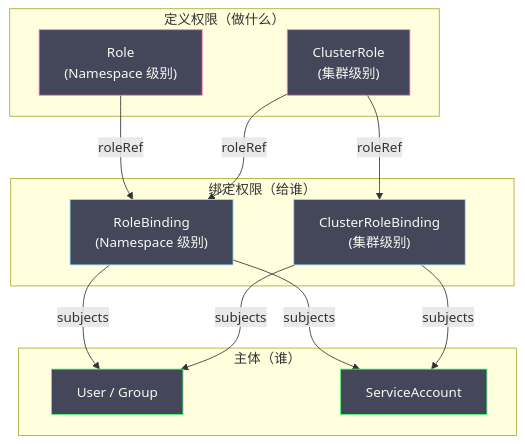
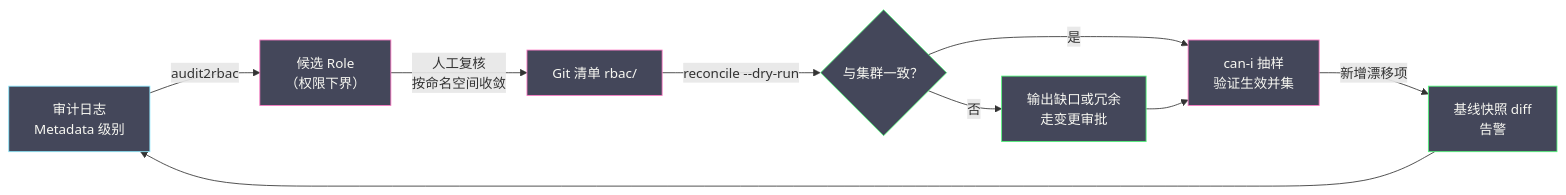
The third of 5 diagrams in content/云原生/Kubernetes/kubernetes之API Server/03 授权机制——RBAC 深度解析.md (hpliStartAgain/my-brain), drawn with Mermaid before and after one commit. The commit also changed other lines of this file and 455 other files, not shown here.

````diff
--- a/content/云原生/Kubernetes/kubernetes之API Server/03 授权机制——RBAC 深度解析.md
+++ b/content/云原生/Kubernetes/kubernetes之API Server/03 授权机制——RBAC 深度解析.md
@@ -143,34 +213,19 @@
 ```mermaid
 %%{init: {'theme': 'dracula'}}%%
-graph TD
-    subgraph "定义权限（做什么）"
-        ROLE["Role</br>(Namespace 级别)"]
-        CR["ClusterRole</br>(集群级别)"]
-    end
+flowchart LR
+    A["审计日志<br/>Metadata 级别"] -->|"audit2rbac"| B["候选 Role<br/>（权限下界）"]
+    B -->|"人工复核<br/>按命名空间收敛"| C["Git 清单 rbac/"]
+    C -->|"reconcile --dry-run"| D{"与集群一致？"}
+    D -->|"否"| E["输出缺口或冗余<br/>走变更审批"]
+    D -->|"是"| F["can-i 抽样<br/>验证生效并集"]
+    E --> F
+    F -->|"新增漂移项"| G["基线快照 diff<br/>告警"]
+    G --> A
 
-    subgraph "绑定权限（给谁）"
-        RB["RoleBinding</br>(Namespace 级别)"]
-        CRB["ClusterRoleBinding</br>(集群级别)"]
-    end
-
-    subgraph "主体（谁）"
-        USER["User / Group"]
-        SA["ServiceAccount"]
-    end
-
-    ROLE -->|"roleRef"| RB
-    CR -->|"roleRef"| RB
-    CR -->|"roleRef"| CRB
-    RB -->|"subjects"| USER
-    RB -->|"subjects"| SA
-    CRB -->|"subjects"| USER
-    CRB -->|"subjects"| SA
-
-    classDef role fill:#44475a,stroke:#ff79c6,color:#f8f8f2
-    classDef binding fill:#44475a,stroke:#8be9fd,color:#f8f8f2
-    classDef subject fill:#44475a,stroke:#50fa7b,color:#f8f8f2
-
-    class ROLE,CR role
-    class RB,CRB binding
-    class USER,SA subject
+    classDef log fill:#44475a,stroke:#8be9fd,color:#f8f8f2
+    classDef tool fill:#44475a,stroke:#ff79c6,color:#f8f8f2
+    classDef gate fill:#44475a,stroke:#50fa7b,color:#f8f8f2
+    class A log
+    class B,C,F tool
+    class D,E,G gate
 ```
````
